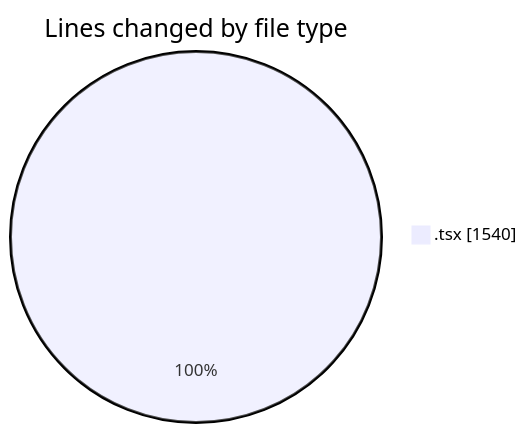
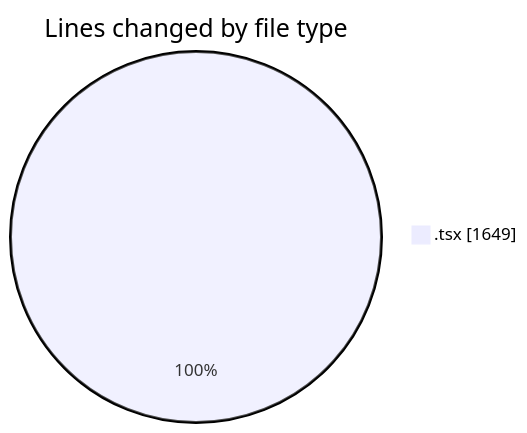
The first of 2 diagrams in 2026-06-16/nxtqube_webapp/README.md (nxtqubesakshisongat/code-tracking), drawn with Mermaid before and after one commit. The commit also changed other lines of this file and 1 other file, not shown here.

````diff
--- a/2026-06-16/nxtqube_webapp/README.md
+++ b/2026-06-16/nxtqube_webapp/README.md
@@ -22,5 +23,5 @@
 ```mermaid
 pie showData
 title Lines changed by file type
-".tsx" : 1540
+".tsx" : 1649
 ```
````
